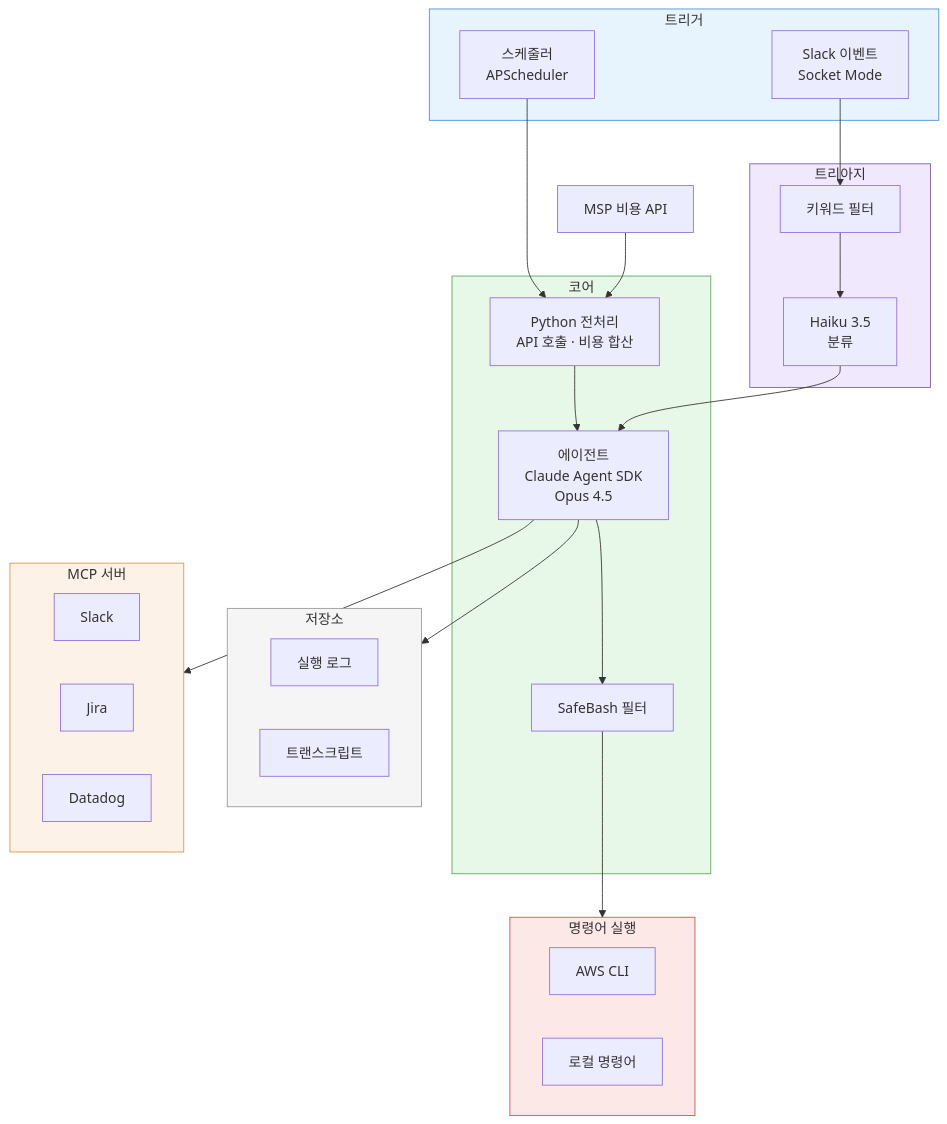
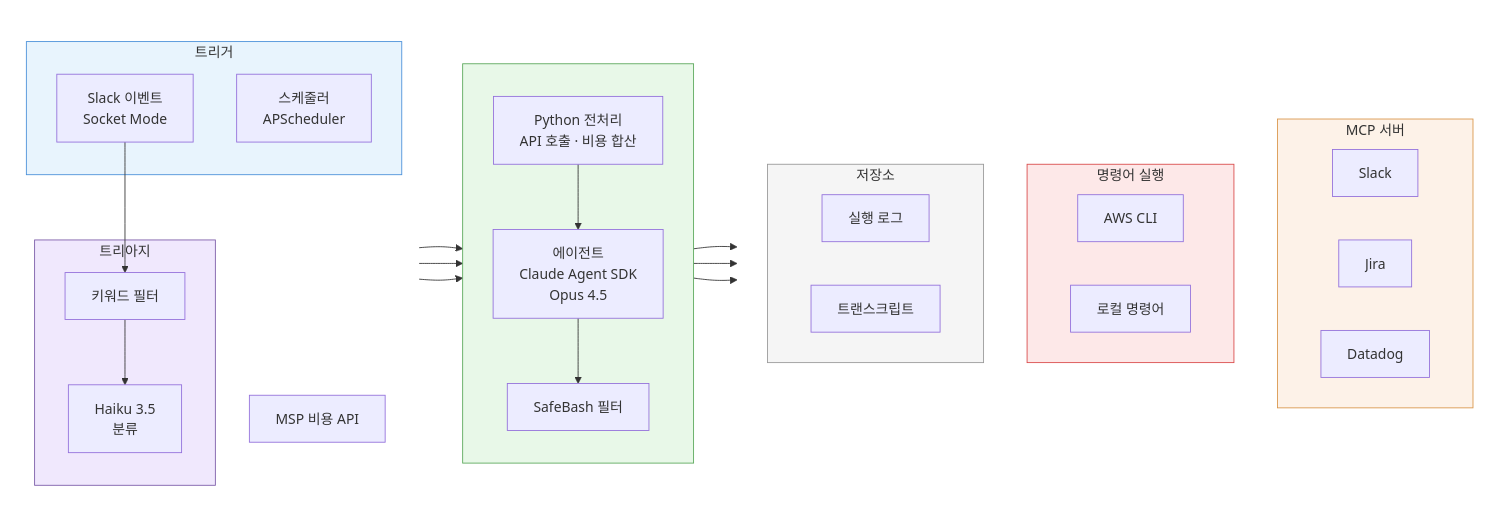
One commit to kimduksoo/duksoo-tech-blog changed the first of 3 diagrams in content/ai/ai-infra-automation.md. Above: the diagram before and after it, drawn with Mermaid.

Commit message:
시스템 개요 다이어그램 3단 레이아웃으로 재배치

````diff
--- a/content/ai/ai-infra-automation.md
+++ b/content/ai/ai-infra-automation.md
@@ -26,48 +26,57 @@
 ```mermaid
-flowchart TB
-    subgraph 트리거
-        Cron[스케줄러<br/>APScheduler]
-        Event[Slack 이벤트<br/>Socket Mode]
+flowchart LR
+    subgraph Input[" "]
+        direction TB
+        subgraph 트리거
+            Cron[스케줄러<br/>APScheduler]
+            Event[Slack 이벤트<br/>Socket Mode]
+        end
+        subgraph 트리아지
+            KW[키워드 필터]
+            Haiku[Haiku 3.5<br/>분류]
+        end
+        MSP[MSP 비용 API]
     end
 
-    subgraph 트리아지
-        KW[키워드 필터]
-        Haiku[Haiku 3.5<br/>분류]
-    end
-
-    subgraph 코어
+    subgraph Core[" "]
+        direction TB
         Pre[Python 전처리<br/>API 호출 · 비용 합산]
         Agent[에이전트<br/>Claude Agent SDK<br/>Opus 4.5]
         Safe[SafeBash 필터]
     end
 
-    subgraph 저장소
-        Log[실행 로그]
-        Transcript[트랜스크립트]
+    subgraph Output[" "]
+        direction TB
+        subgraph MCP[MCP 서버]
+            S[Slack]
+            J[Jira]
+            D[Datadog]
+        end
+        subgraph CLI[명령어 실행]
+            AWS[AWS CLI]
+            Local[로컬 명령어]
+        end
+        subgraph 저장소
+            Log[실행 로그]
+            Transcript[트랜스크립트]
+        end
     end
 
-    subgraph MCP[MCP 서버]
-        S[Slack]
-        J[Jira]
-        D[Datadog]
-    end
-
-    subgraph CLI[명령어 실행]
-        AWS[AWS CLI]
-        Local[로컬 명령어]
-    end
-
-    Cron --> Pre --> Agent
-    Event --> KW --> Haiku --> Agent
-    MSP[MSP 비용 API] --> Pre
+    Cron --> Pre
+    Event --> KW --> Haiku
+    MSP --> Pre
+    Pre --> Agent
+    Haiku --> Agent
+    Agent --> MCP
     Agent --> Safe --> CLI
-    Agent --> MCP
     Agent --> 저장소
 
+    style Input fill:none,stroke:none
+    style Core fill:#e8f8e8,stroke:#5ba85b
+    style Output fill:none,stroke:none
     style 트리거 fill:#e8f4fd,stroke:#4a90d9
     style 트리아지 fill:#f0e8fd,stroke:#7b5ba8
-    style 코어 fill:#e8f8e8,stroke:#5ba85b
     style MCP fill:#fdf2e8,stroke:#d9964a
     style CLI fill:#fde8e8,stroke:#d94a4a
     style 저장소 fill:#f5f5f5,stroke:#999999
 ```
````
